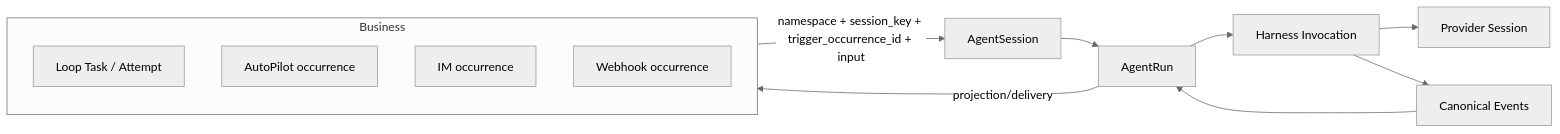
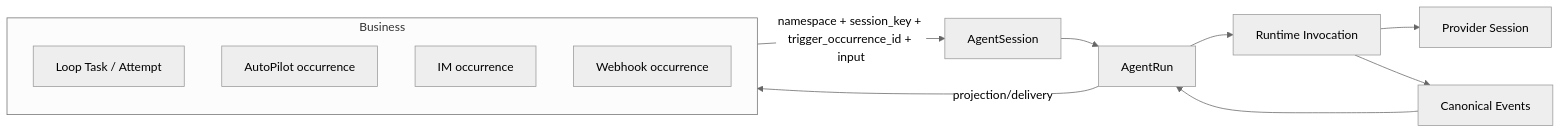
One commit to LarsonLian/octo-runtime changed the diagram in docs/12-aily-task-agent-run-concept-model.md. Above: the diagram before and after it, drawn with Mermaid (neutral theme). The commit also changed other lines of this file and 583 other files, not shown here.

````diff
--- a/docs/12-aily-task-agent-run-concept-model.md
+++ b/docs/12-aily-task-agent-run-concept-model.md
@@ -7,16 +7,16 @@
 ```mermaid
 flowchart LR
   subgraph Business
     L[Loop Task / Attempt]
     A[AutoPilot occurrence]
     M[IM occurrence]
     W[Webhook occurrence]
   end
   Business -->|namespace + session_key + trigger_occurrence_id + input| S[AgentSession]
   S --> R[AgentRun]
-  R --> I[Harness Invocation]
+  R --> I[Runtime Invocation]
   I --> P[Provider Session]
   I --> E[Canonical Events]
   E --> R
   R -->|projection/delivery| Business
 ```
````
